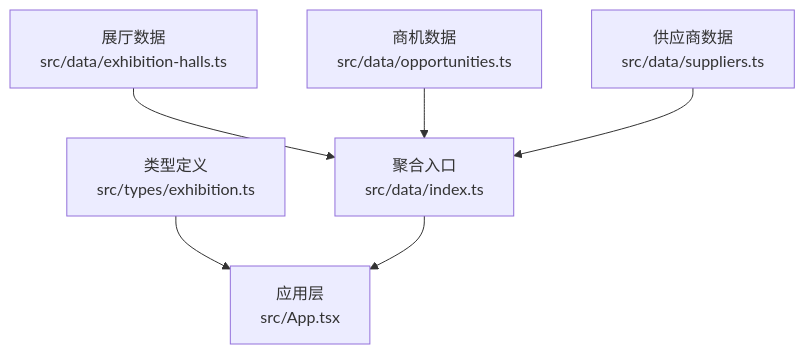
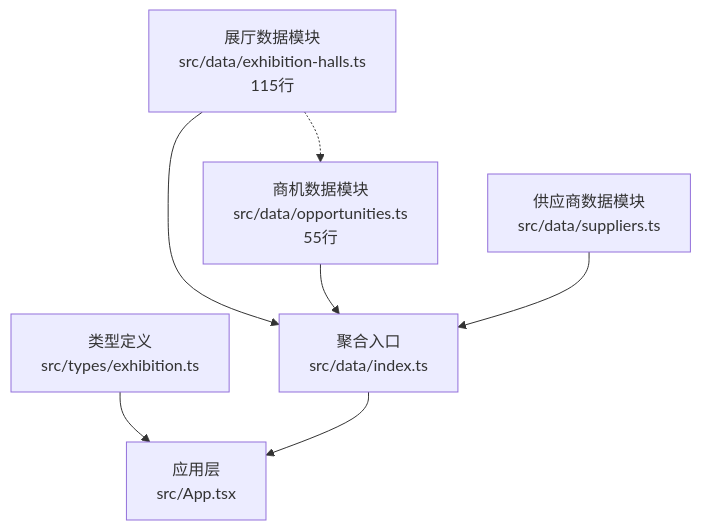
One commit to Hu-Right/supply-os changed the eighth of 8 diagrams in .qoder/repowiki/zh/content/数据管理/展览数据管理/展览数据管理.md. Above: the diagram before and after it, drawn with Mermaid. The commit also changed other lines of this file and 33 other files, not shown here.

````diff
--- a/.qoder/repowiki/zh/content/数据管理/展览数据管理/展览数据管理.md
+++ b/.qoder/repowiki/zh/content/数据管理/展览数据管理/展览数据管理.md
@@ -323,8 +390,9 @@
 ```mermaid
 graph TB
 Types["类型定义<br/>src/types/exhibition.ts"] --> App["应用层<br/>src/App.tsx"]
 DataIndex["聚合入口<br/>src/data/index.ts"] --> App
-Halls["展厅数据<br/>src/data/exhibition-halls.ts"] --> DataIndex
-Opps["商机数据<br/>src/data/opportunities.ts"] --> DataIndex
-Supp["供应商数据<br/>src/data/suppliers.ts"] --> DataIndex
+Halls["展厅数据模块<br/>src/data/exhibition-halls.ts<br/>115行"] --> DataIndex
+Opps["商机数据模块<br/>src/data/opportunities.ts<br/>55行"] --> DataIndex
+Supp["供应商数据模块<br/>src/data/suppliers.ts"] --> DataIndex
+Halls -.-> Opps
 ```
````
